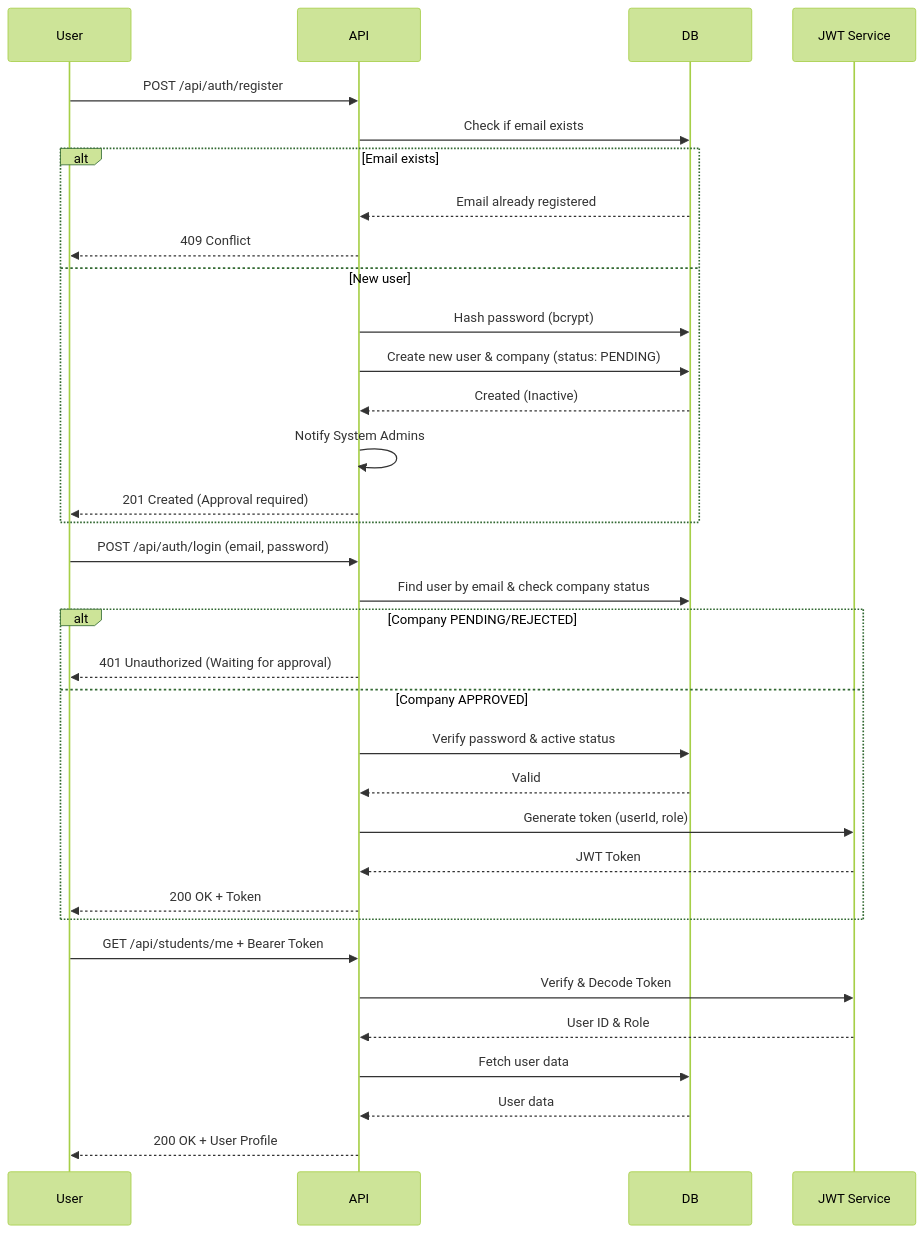
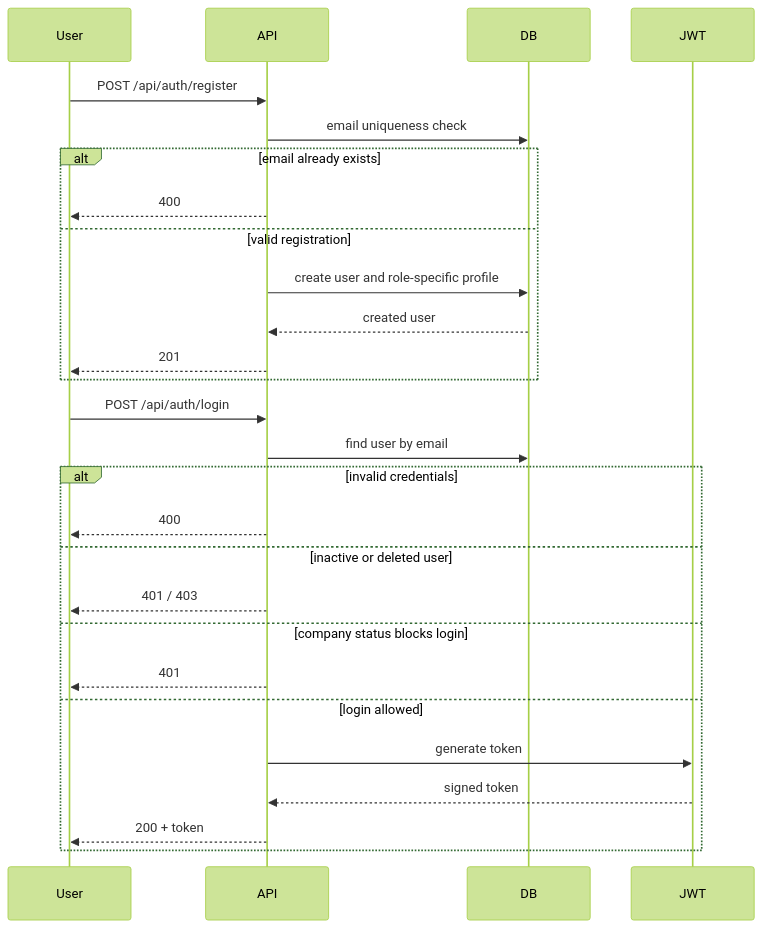
Before and after one commit to myloo23/dual-kepzes-frontend: the fourth of 10 diagrams in backendreadme.md, drawn with Mermaid (forest theme). The commit also changed other lines of this file and 3 other files, not shown here.

````diff
--- a/backendreadme.md
+++ b/backendreadme.md
@@ -400,41 +262,31 @@
 ```mermaid
 sequenceDiagram
     participant User
     participant API
     participant DB
-    participant JWT as JWT Service
+    participant JWT
 
     User->>API: POST /api/auth/register
-    API->>DB: Check if email exists
-
-    alt Email exists
-        DB-->>API: Email already registered
-        API-->>User: 409 Conflict
-    else New user
-        API->>DB: Hash password (bcrypt)
-        API->>DB: Create new user & company (status: PENDING)
-        DB-->>API: Created (Inactive)
-        API->>API: Notify System Admins
-        API-->>User: 201 Created (Approval required)
+    API->>DB: email uniqueness check
+    alt email already exists
+        API-->>User: 400
+    else valid registration
+        API->>DB: create user and role-specific profile
+        DB-->>API: created user
+        API-->>User: 201
     end
 
-    User->>API: POST /api/auth/login (email, password)
-    API->>DB: Find user by email & check company status
-
-    alt Company PENDING/REJECTED
-        API-->>User: 401 Unauthorized (Waiting for approval)
-    else Company APPROVED
-        API->>DB: Verify password & active status
-        DB-->>API: Valid
-        API->>JWT: Generate token (userId, role)
-        JWT-->>API: JWT Token
-        API-->>User: 200 OK + Token
+    User->>API: POST /api/auth/login
+    API->>DB: find user by email
+    alt invalid credentials
+        API-->>User: 400
+    else inactive or deleted user
+        API-->>User: 401 / 403
+    else company status blocks login
+        API-->>User: 401
+    else login allowed
+        API->>JWT: generate token
+        JWT-->>API: signed token
+        API-->>User: 200 + token
     end
-
-    User->>API: GET /api/students/me + Bearer Token
-    API->>JWT: Verify & Decode Token
-    JWT-->>API: User ID & Role
-    API->>DB: Fetch user data
-    DB-->>API: User data
-    API-->>User: 200 OK + User Profile
 ```
````
